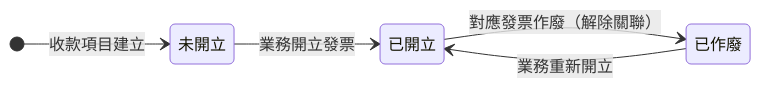
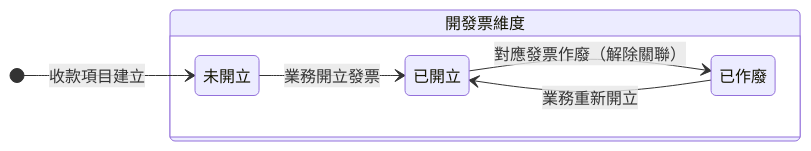
The first of 2 diagrams in memory/Sens_wiki/wiki/erp/06-state-machines/收款項目狀態.md (Kawato-Miles/erp-spec), drawn with Mermaid before and after one commit. The commit also changed other lines of this file and 80 other files, not shown here.

````diff
--- a/memory/Sens_wiki/wiki/erp/06-state-machines/收款項目狀態.md
+++ b/memory/Sens_wiki/wiki/erp/06-state-machines/收款項目狀態.md
@@ -53,14 +53,17 @@
 ```mermaid
 stateDiagram-v2
     direction LR
 
     [*] --> i_none : 收款項目建立
 
-    state "未開立" as i_none
-    state "已開立" as i_issued
-    state "已作廢" as i_void
+    state "開發票維度" as g_invoice {
+        direction LR
+        state "未開立" as i_none
+        state "已開立" as i_issued
+        state "已作廢" as i_void
 
-    i_none --> i_issued : 業務開立發票
-    i_issued --> i_void : 對應發票作廢（解除關聯）
-    i_void --> i_issued : 業務重新開立
+        i_none --> i_issued : 業務開立發票
+        i_issued --> i_void : 對應發票作廢（解除關聯）
+        i_void --> i_issued : 業務重新開立
+    }
 ```
````
